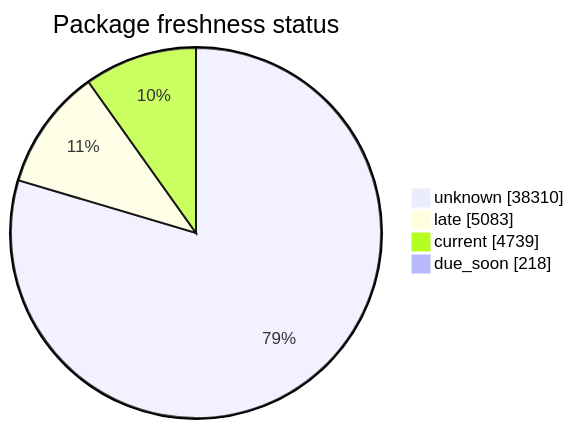
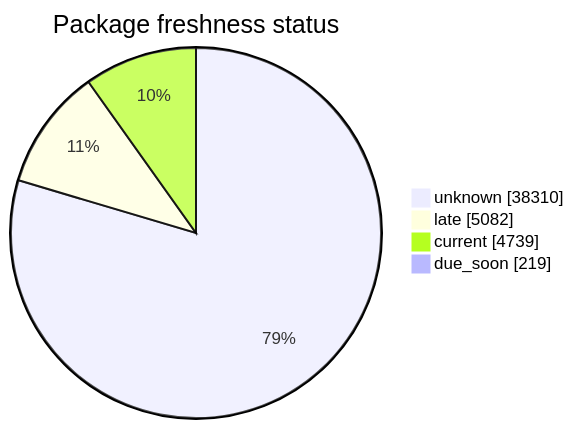
The second of 5 diagrams in FreshCheck/README.md (open-data/analytics-corporate-reporting), drawn with Mermaid before and after one commit. The commit also changed other lines of this file and 3 other files, not shown here.

````diff
--- a/FreshCheck/README.md
+++ b/FreshCheck/README.md
@@ -68,7 +68,7 @@
 ```mermaid
 pie showData title Package freshness status
     "unknown": 38310
-    "late": 5083
+    "late": 5082
     "current": 4739
-    "due_soon": 218
+    "due_soon": 219
 ```
````
